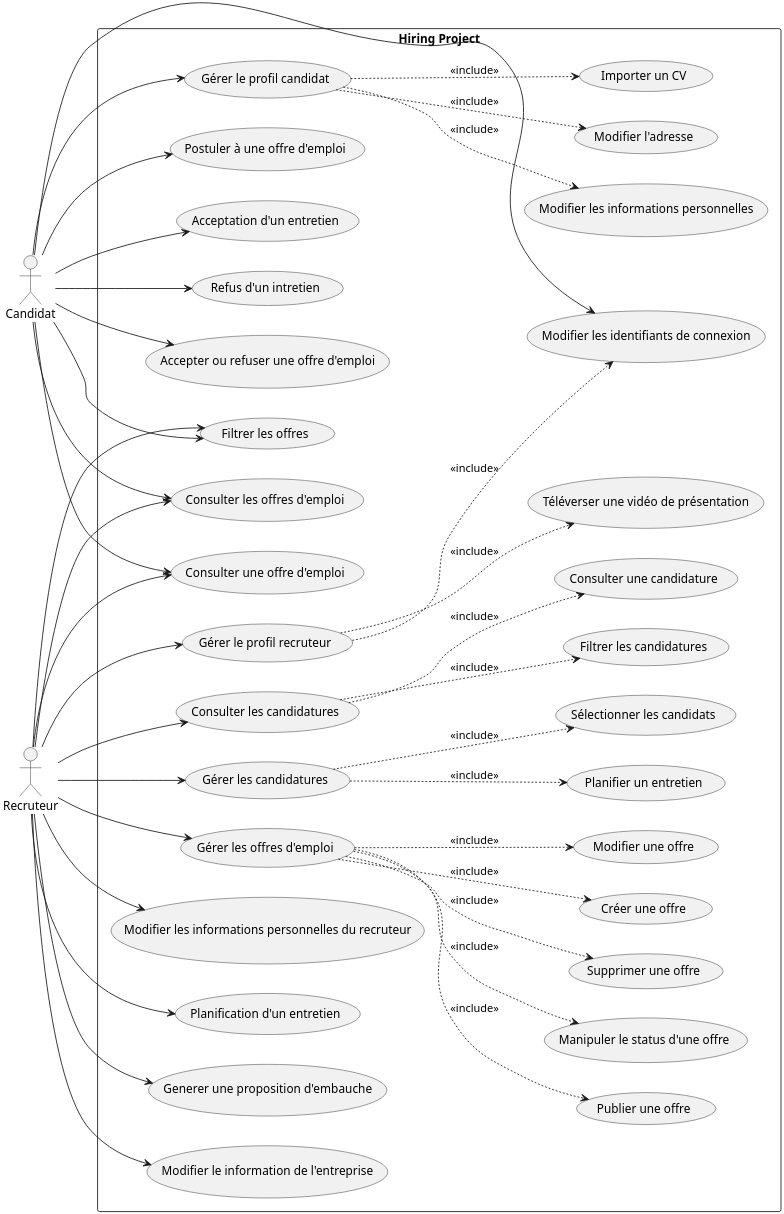
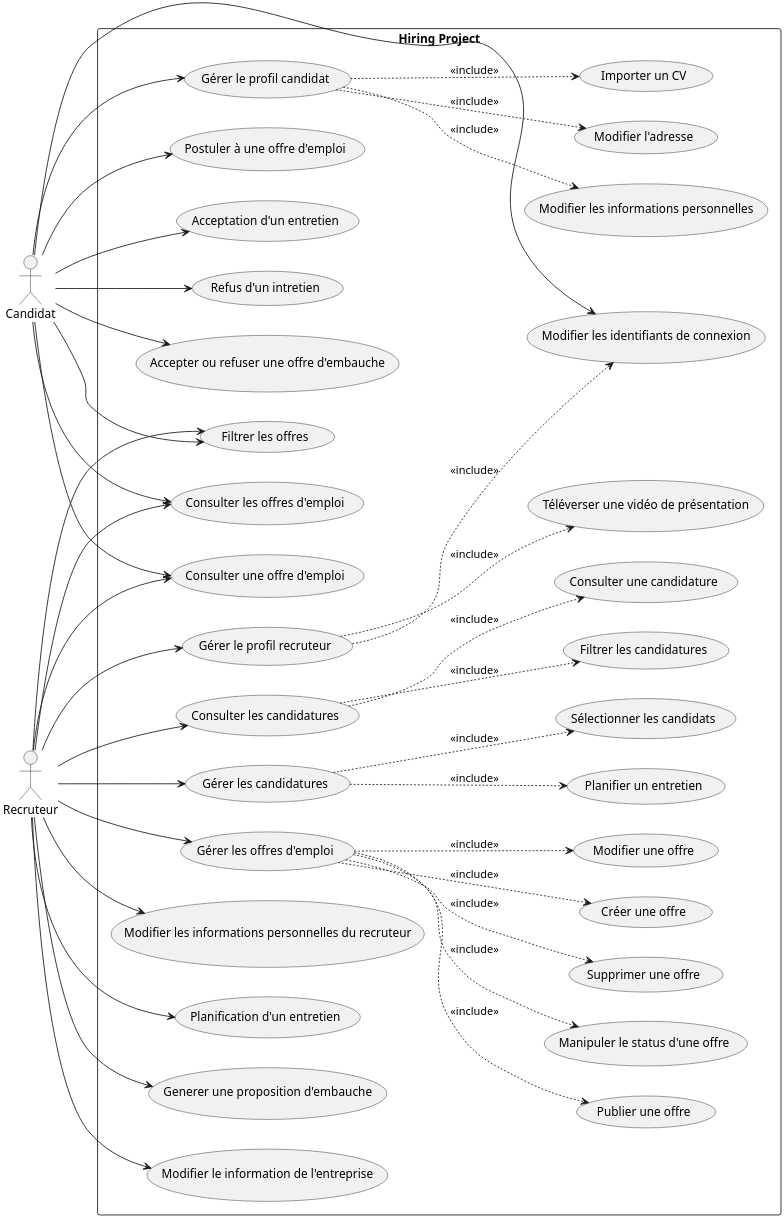
One commit to Spriggan-Team/HiringForge changed the diagram in backend/ressources/modeling/usecase.puml. Above: the diagram before and after it, drawn with PlantUML. The commit also changed 200 other files, not shown here.

```diff
--- a/backend/ressources/modeling/usecase.puml
+++ b/backend/ressources/modeling/usecase.puml
@@ -1,104 +1,104 @@
 @startuml Usecase
 
 skinparam dpi 300
 left to right direction
 
 actor "Recruteur" as User
 actor "Candidat" as Candidate
 
 rectangle "Hiring Project" {
 
     ' Consultation des offres
     (Consulter les offres d'emploi) as ConsultJobOfferList
     (Consulter une offre d'emploi) as ConsultJobOffer
     (Filtrer les offres) as FilterJobOffer
 
     ' Profil candidat
     (Gérer le profil candidat) as ManageCandidateProfile
     (Modifier les informations personnelles) as ModifyCandidateInformation
     (Modifier l'adresse) as ModifyCandidateAddress
     (Importer un CV) as ImportCV
 
     ' Candidature
     (Postuler à une offre d'emploi) as ApplyJobOffer
 
     ' Candidatures recruteur
     (Consulter les candidatures) as ConsultCandidateList
     (Consulter une candidature) as ConsultCandidate
     (Filtrer les candidatures) as FilterCandidate
     (Gérer les candidatures) as ManageCandidates
     (Sélectionner les candidats) as CandidateSelection
     (Planifier un entretien) as PlanInterview
     (Generer une proposition d'embauche) as HiredDemand
-    (Accepter ou refuser une offre d'emploi) as HiredDemandResponse
+    (Accepter ou refuser une offre d'embauche) as HiredDemandResponse
 
     ' Profil recruteur
     (Gérer le profil recruteur) as ManageUserProfile
     (Modifier les informations personnelles du recruteur) as ModifyUserInformation
     (Modifier le information de l'entreprise) as ChangeCompanyInformation
     (Modifier les identifiants de connexion) as ChangeAuthCredential
     (Téléverser une vidéo de présentation) as UploadVideo
 
     ' Gestion des offres
     (Gérer les offres d'emploi) as ManageJobOffer
     (Créer une offre) as CreateOffer
     (Modifier une offre) as ModifyOffer
     (Publier une offre) as PublishJobOffer
     (Manipuler le status d'une offre) as StatusOffer
     (Supprimer une offre) as DeleteJobOffer
 
     'Interviews
     (Planification d'un entretien) as CreateInterviews
     (Acceptation d'un entretien) as AcceptInterviews
     (Refus d'un intretien) as RejectInterviews
 }
 
 ' --- Candidat ---
 
 Candidate --> ConsultJobOfferList
 Candidate --> ConsultJobOffer
 Candidate --> FilterJobOffer
 
 Candidate --> ManageCandidateProfile
 Candidate -right-> ChangeAuthCredential
 ManageCandidateProfile ..> ModifyCandidateInformation : <<include>>
 ManageCandidateProfile ..> ModifyCandidateAddress : <<include>>
 ManageCandidateProfile ..> ImportCV : <<include>>
 
 Candidate --> ApplyJobOffer
 Candidate -> AcceptInterviews
 Candidate -> RejectInterviews
 
 Candidate -> HiredDemandResponse
 
 ' --- Recruteur ---
 
 User --> ConsultJobOfferList
 User --> ConsultJobOffer
 User --> FilterJobOffer
 
 User --> ConsultCandidateList
 ConsultCandidateList ..> ConsultCandidate : <<include>>
 ConsultCandidateList ..> FilterCandidate : <<include>>
 
 User --> ManageCandidates
 ManageCandidates ..> CandidateSelection : <<include>>
 ManageCandidates ..> PlanInterview : <<include>>
 
 User --> ManageUserProfile
 User -> ModifyUserInformation
 ManageUserProfile ..> ChangeAuthCredential : <<include>>
 ManageUserProfile ..> UploadVideo : <<include>>
 
 User --> ManageJobOffer
 ManageJobOffer ..> CreateOffer : <<include>>
 ManageJobOffer ..> ModifyOffer : <<include>>
 ManageJobOffer ..> PublishJobOffer : <<include>>
 ManageJobOffer ..> StatusOffer : <<include>>
 ManageJobOffer ..> DeleteJobOffer : <<include>>
 
 User ->CreateInterviews
 User -> HiredDemand
 User -right-> ChangeCompanyInformation 
 
 @enduml
```
